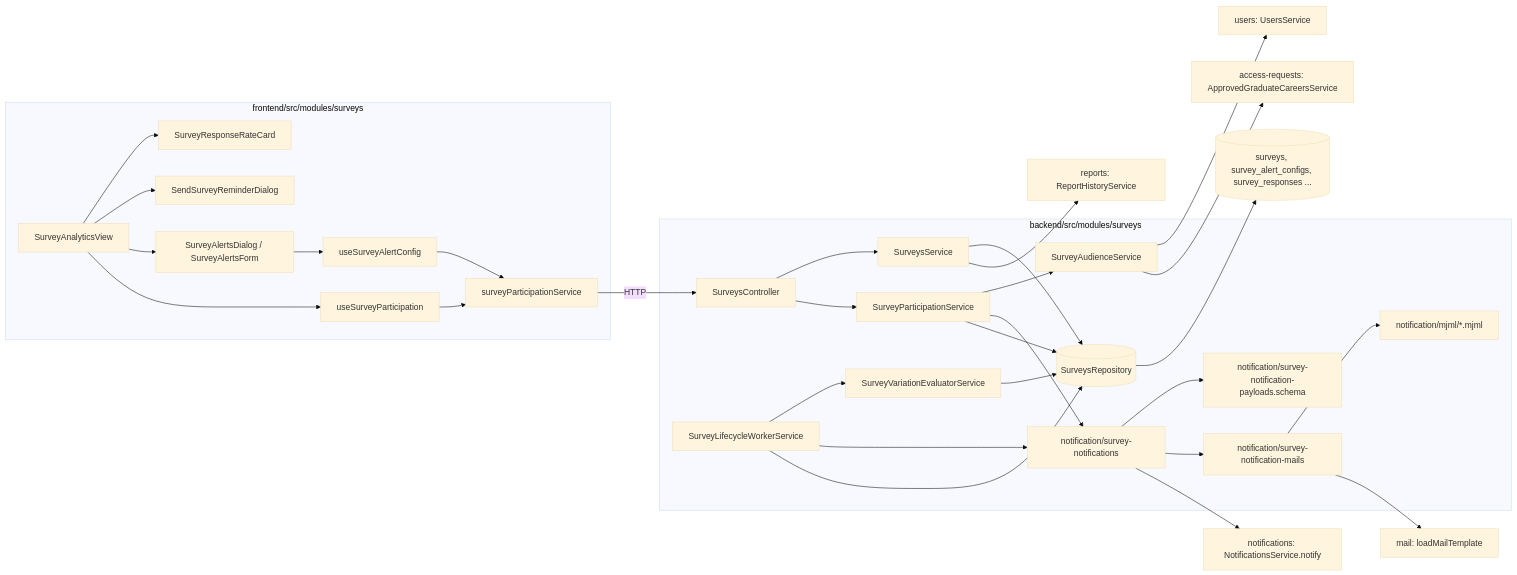
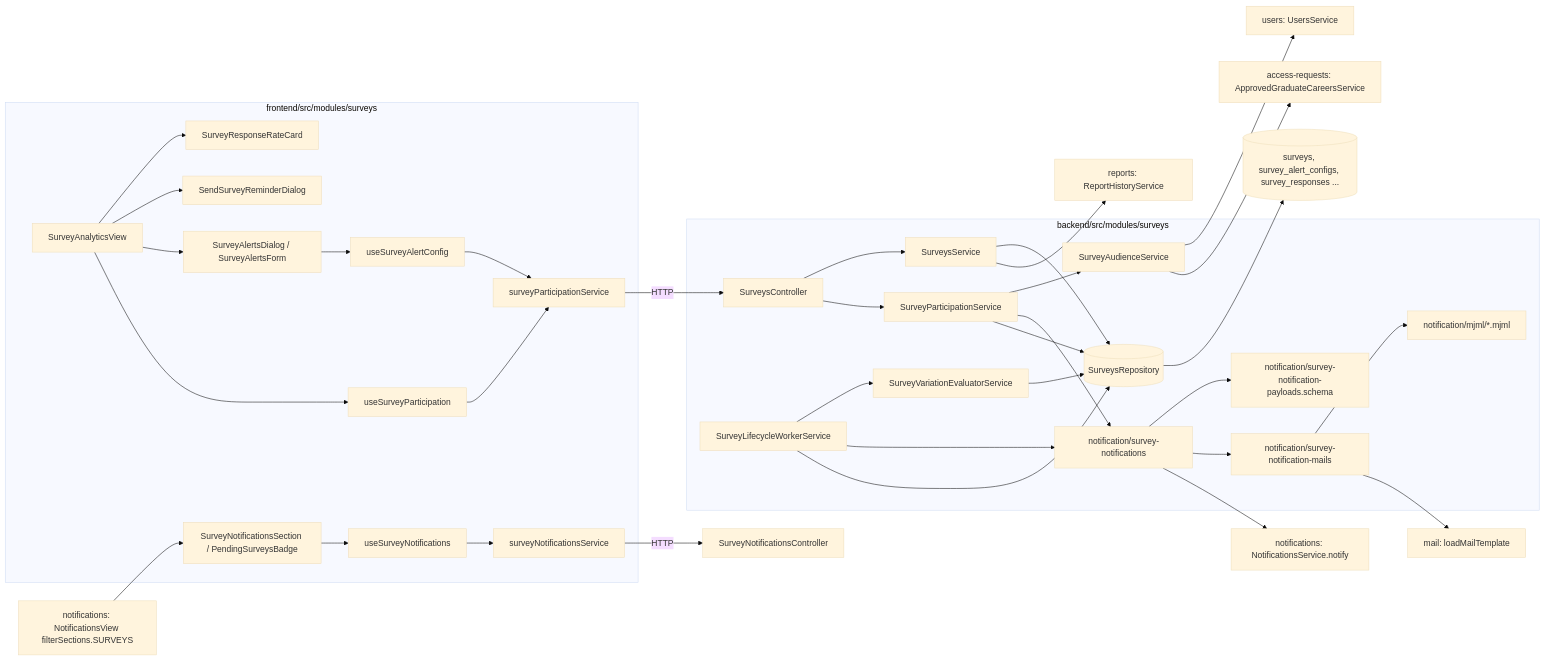
One commit to UMSSY/umssy-app changed the first of 5 diagrams in docs/surveys/README.md. Above: the diagram before and after it, drawn with Mermaid (base theme). The commit also changed other lines of this file and 1 other file, not shown here.

Commit message:
docs(surveys): document the unified notifications inbox

````diff
--- a/docs/surveys/README.md
+++ b/docs/surveys/README.md
@@ -27,34 +27,38 @@
 ```mermaid
 flowchart LR
   subgraph Frontend["frontend/src/modules/surveys"]
     AV[SurveyAnalyticsView] --> RC[SurveyResponseRateCard]
     AV --> RD[SendSurveyReminderDialog]
     AV --> AD[SurveyAlertsDialog / SurveyAlertsForm]
     AV --> HP[useSurveyParticipation]
     AD --> HA[useSurveyAlertConfig]
     HP --> PS[surveyParticipationService]
     HA --> PS
+    SNS[SurveyNotificationsSection / PendingSurveysBadge] --> HSN[useSurveyNotifications]
+    HSN --> SNSV[surveyNotificationsService]
   end
+  NV[notifications: NotificationsView filterSections.SURVEYS] --> SNS
   PS -->|HTTP| SC[SurveysController]
+  SNSV -->|HTTP| SNC[SurveyNotificationsController]
   subgraph Backend["backend/src/modules/surveys"]
     SC --> SS[SurveysService]
     SC --> PSV[SurveyParticipationService]
     PSV --> AUD[SurveyAudienceService]
     W[SurveyLifecycleWorkerService] --> VE[SurveyVariationEvaluatorService]
     PSV --> NT[notification/survey-notifications]
     W --> NT
     NT --> ZOD[notification/survey-notification-payloads.schema]
     NT --> ML[notification/survey-notification-mails]
     ML --> TPL[notification/mjml/*.mjml]
     SS --> R[(SurveysRepository)]
     PSV --> R
     W --> R
     VE --> R
   end
   AUD --> US[users: UsersService]
   AUD --> AG[access-requests: ApprovedGraduateCareersService]
   NT --> N[notifications: NotificationsService.notify]
   ML --> LMT[mail: loadMailTemplate]
   SS --> RH[reports: ReportHistoryService]
   R --> DB[(surveys, survey_alert_configs, survey_responses ...)]
 ```
````
